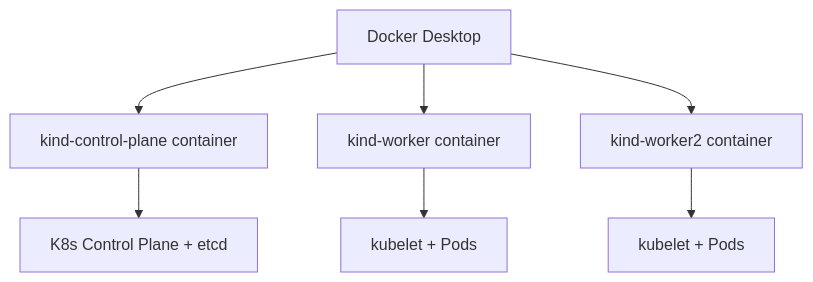
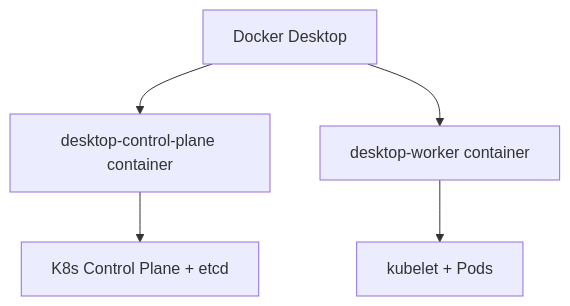
The diagram in labspace/02-kind-clusters.md (ajeetraina/labspace-k8s), drawn with Mermaid before and after one commit. The commit also changed other lines of this file and 5 other files, not shown here.

````diff
--- a/labspace/02-kind-clusters.md
+++ b/labspace/02-kind-clusters.md
@@ -5,9 +5,7 @@
 ```mermaid
 graph TD
-    A[Docker Desktop] --> B[kind-control-plane container]
-    A --> C[kind-worker container]
-    A --> D[kind-worker2 container]
-    B --> E[K8s Control Plane + etcd]
-    C --> F[kubelet + Pods]
-    D --> G[kubelet + Pods]
+    A[Docker Desktop] --> B[desktop-control-plane container]
+    A --> C[desktop-worker container]
+    B --> D[K8s Control Plane + etcd]
+    C --> E[kubelet + Pods]
 ```
````
